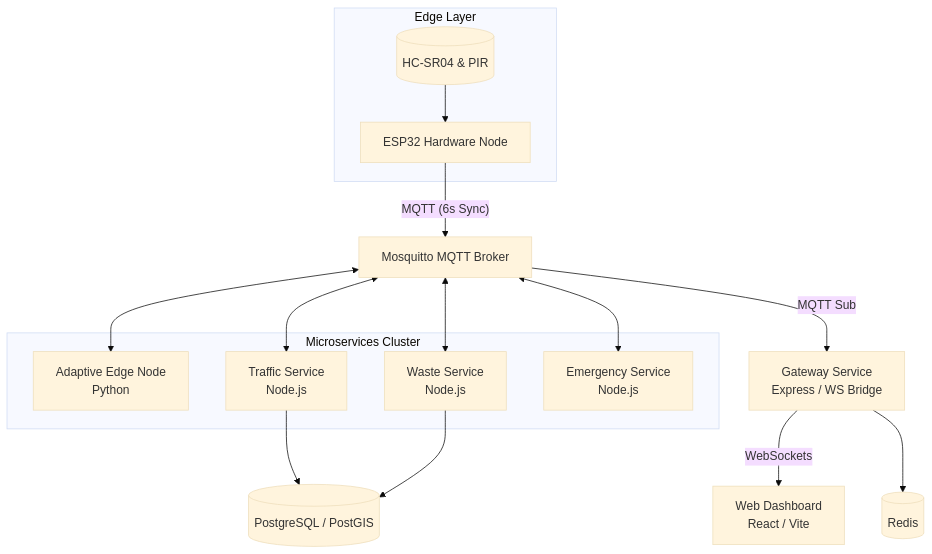
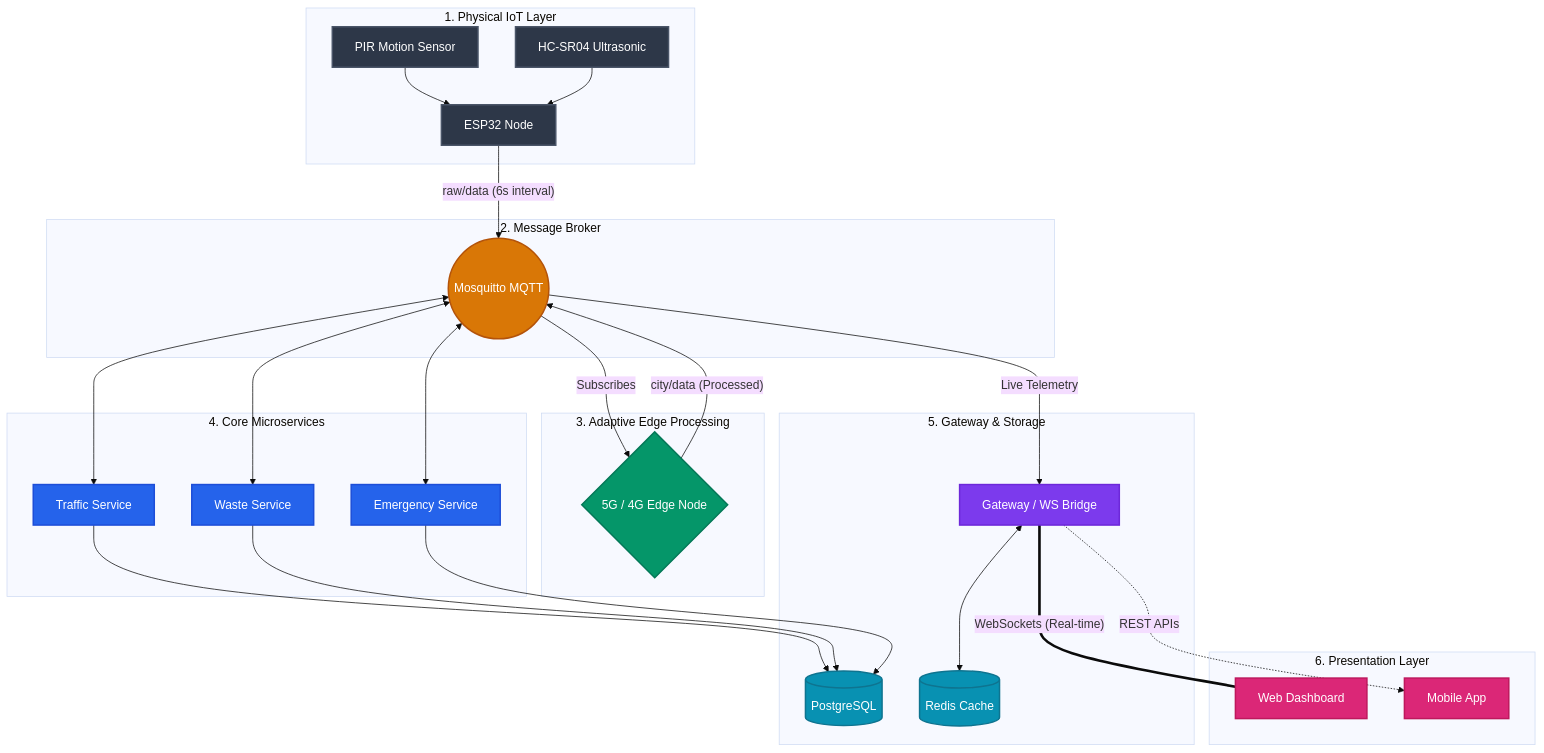
Before and after one commit to mainakpaul2005/Tech-A-Thon: the diagram in README.md, drawn with Mermaid (base theme). The commit also changed other lines of this file, not shown here.

Commit message:
docs: Replaced standard flowchart with detailed 6-tier Block Diagram architecture

````diff
--- a/README.md
+++ b/README.md
@@ -15,41 +15,50 @@
 ```mermaid
-graph TD
-    %% Hardware Layer
-    subgraph Edge Layer
-        ESP32[ESP32 Hardware Node]
-        Sensors[(HC-SR04 & PIR)]
-        Sensors --> ESP32
+flowchart TD
+    classDef physical fill:#2d3748,stroke:#4a5568,stroke-width:2px,color:#fff
+    classDef mqtt fill:#d97706,stroke:#b45309,stroke-width:2px,color:#fff
+    classDef edge fill:#059669,stroke:#047857,stroke-width:2px,color:#fff
+    classDef service fill:#2563eb,stroke:#1d4ed8,stroke-width:2px,color:#fff
+    classDef gateway fill:#7c3aed,stroke:#6d28d9,stroke-width:2px,color:#fff
+    classDef ui fill:#db2777,stroke:#be185d,stroke-width:2px,color:#fff
+    classDef db fill:#0891b2,stroke:#0e7490,stroke-width:2px,color:#fff
+
+    subgraph Tier1 ["1. Physical IoT Layer"]
+        HW[ESP32 Node]:::physical
+        PIR[PIR Motion Sensor]:::physical --> HW
+        SONAR[HC-SR04 Ultrasonic]:::physical --> HW
     end
-    
-    %% Broker Layer
-    Broker[Mosquitto MQTT Broker]
-    ESP32 -- "MQTT (6s Sync)" --> Broker
-    
-    %% Processing Layer
-    subgraph Microservices Cluster
-        EdgeNode[Adaptive Edge Node<br>Python]
-        Traffic[Traffic Service<br>Node.js]
-        Waste[Waste Service<br>Node.js]
-        Emerg[Emergency Service<br>Node.js]
+
+    subgraph Tier2 ["2. Message Broker"]
+        MQ((Mosquitto MQTT)):::mqtt
     end
-    
-    Broker <--> EdgeNode
-    Broker <--> Traffic
-    Broker <--> Waste
-    Broker <--> Emerg
-    
-    %% Gateway & Frontend
-    Gateway[Gateway Service<br>Express / WS Bridge]
-    Broker -- "MQTT Sub" --> Gateway
-    
-    Frontend[Web Dashboard<br>React / Vite]
-    Gateway -- "WebSockets" --> Frontend
-    
-    %% Storage Layer
-    DB[(PostgreSQL / PostGIS)]
-    Cache[(Redis)]
-    
-    Traffic --> DB
-    Waste --> DB
-    Gateway --> Cache
+
+    subgraph Tier3 ["3. Adaptive Edge Processing"]
+        ADAPT{5G / 4G Edge Node}:::edge
+        HW -- "raw/data (6s interval)" --> MQ
+        MQ -- Subscribes --> ADAPT
+        ADAPT -- "city/data (Processed)" --> MQ
+    end
+
+    subgraph Tier4 ["4. Core Microservices"]
+        TS[Traffic Service]:::service
+        WS[Waste Service]:::service
+        ES[Emergency Service]:::service
+        MQ <--> TS & WS & ES
+    end
+
+    subgraph Tier5 ["5. Gateway & Storage"]
+        GW[Gateway / WS Bridge]:::gateway
+        DB[(PostgreSQL)]:::db
+        REDIS[(Redis Cache)]:::db
+        TS & WS & ES --> DB
+        MQ -- "Live Telemetry" --> GW
+        GW <--> REDIS
+    end
+
+    subgraph Tier6 ["6. Presentation Layer"]
+        UI_WEB[Web Dashboard]:::ui
+        UI_MOB[Mobile App]:::ui
+        GW == "WebSockets (Real-time)" === UI_WEB
+        GW -. "REST APIs" .-> UI_MOB
+    end
 ```
````
